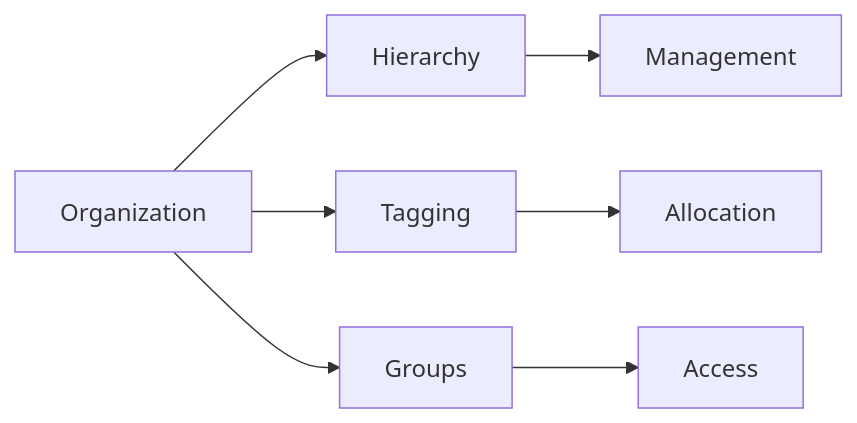
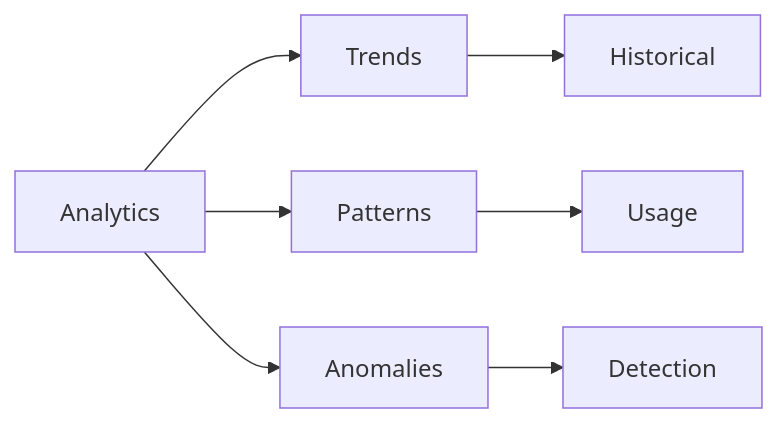
Before and after one commit to saravanakumarrc/Architecture_Journey: diagram 11 of 15 in src/azure/az-104/Cost_Management.md, drawn with Mermaid. The commit also changed other lines of this file and 6 other files, not shown here.

````diff
--- a/src/azure/az-104/Cost_Management.md
+++ b/src/azure/az-104/Cost_Management.md
@@ -184,10 +197,10 @@
 ```mermaid
 graph LR
-    A[Organization] --> B[Hierarchy]
-    A --> C[Tagging]
-    A --> D[Groups]
+    A[Analytics] --> B[Trends]
+    A --> C[Patterns]
+    A --> D[Anomalies]
     
-    B --> E[Management]
-    C --> F[Allocation]
-    D --> G[Access]
+    B --> E[Historical]
+    C --> F[Usage]
+    D --> G[Detection]
 ```
````
